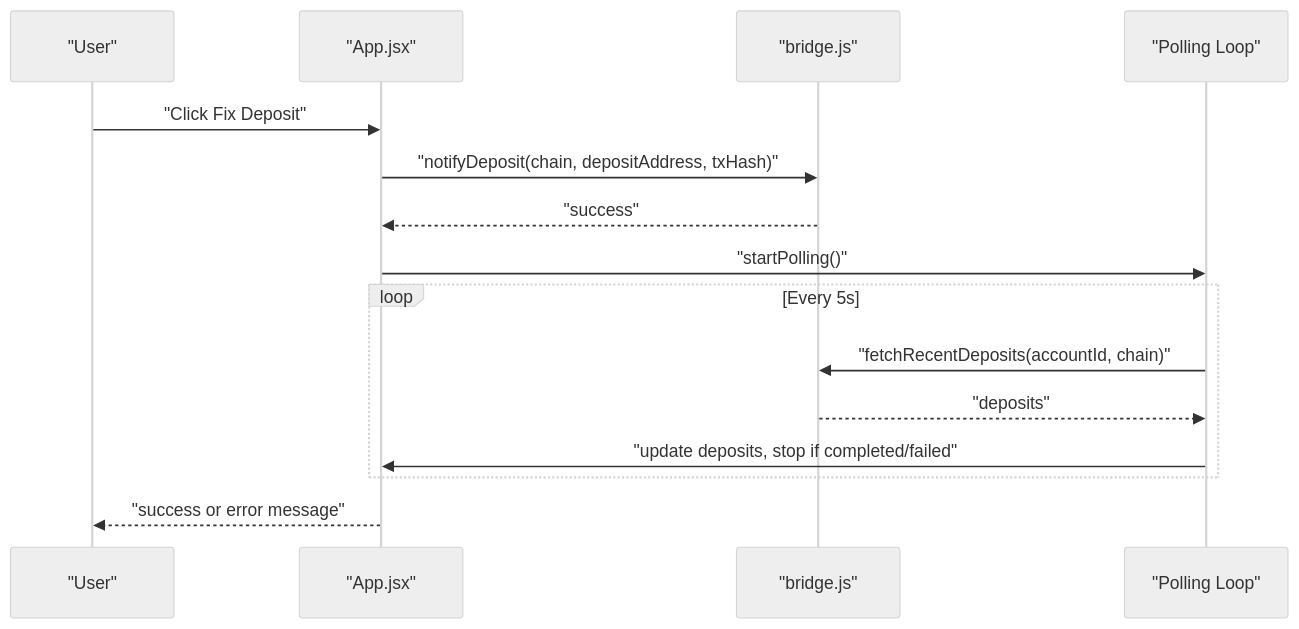
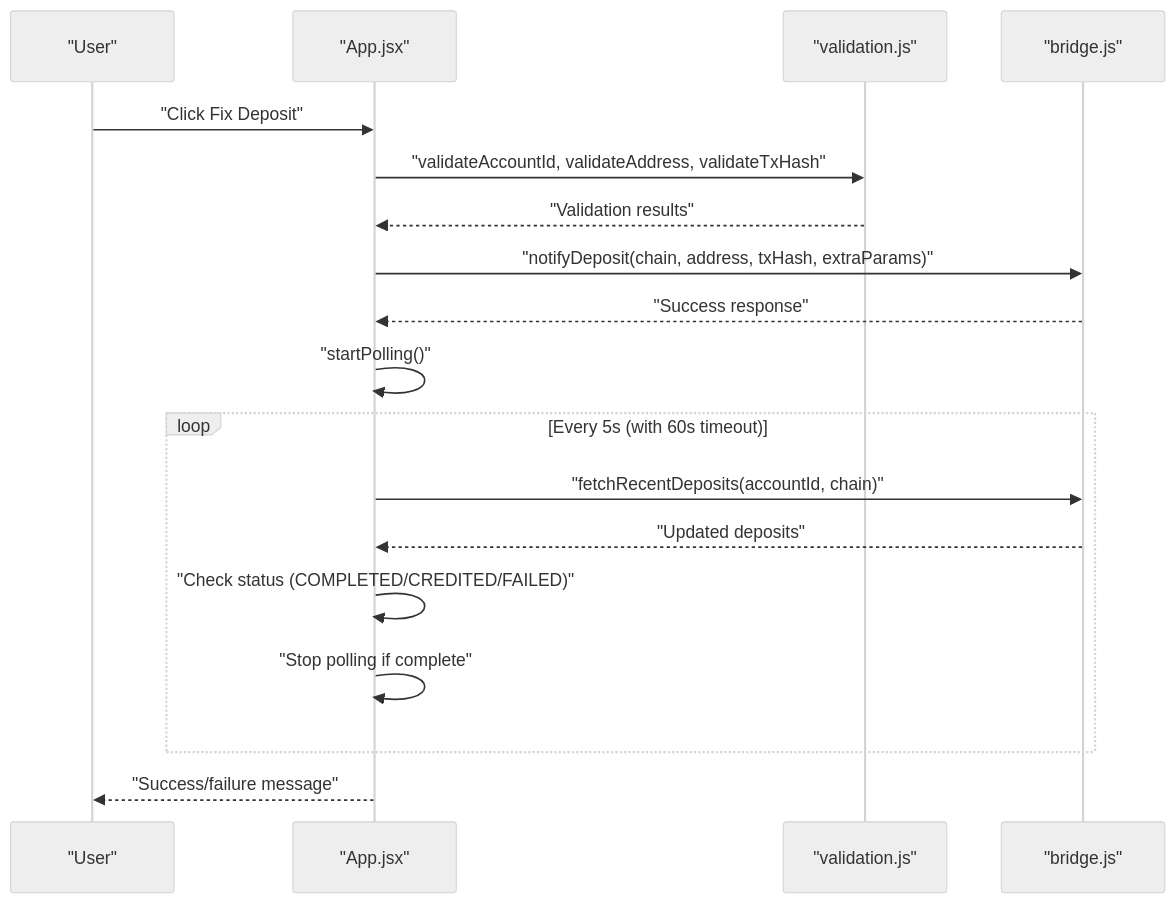
Before and after one commit to KaranMakani/deposit-fixer: the third of 9 diagrams in .qoder/repowiki/en/content/Technical Architecture/Application Components.md, drawn with Mermaid (neutral theme). The commit also changed other lines of this file and 10 other files, not shown here.

````diff
--- a/.qoder/repowiki/en/content/Technical Architecture/Application Components.md
+++ b/.qoder/repowiki/en/content/Technical Architecture/Application Components.md
@@ -182,17 +210,20 @@
 ```mermaid
 sequenceDiagram
 participant U as "User"
 participant A as "App.jsx"
+participant V as "validation.js"
 participant B as "bridge.js"
-participant P as "Polling Loop"
 U->>A : "Click Fix Deposit"
-A->>B : "notifyDeposit(chain, depositAddress, txHash)"
-B-->>A : "success"
-A->>P : "startPolling()"
-loop Every 5s
-P->>B : "fetchRecentDeposits(accountId, chain)"
-B-->>P : "deposits"
-P->>A : "update deposits, stop if completed/failed"
+A->>V : "validateAccountId, validateAddress, validateTxHash"
+V-->>A : "Validation results"
+A->>B : "notifyDeposit(chain, address, txHash, extraParams)"
+B-->>A : "Success response"
+A->>A : "startPolling()"
+loop Every 5s (with 60s timeout)
+A->>B : "fetchRecentDeposits(accountId, chain)"
+B-->>A : "Updated deposits"
+A->>A : "Check status (COMPLETED/CREDITED/FAILED)"
+A->>A : "Stop polling if complete"
 end
-A-->>U : "success or error message"
+A-->>U : "Success/failure message"
 ```
````
